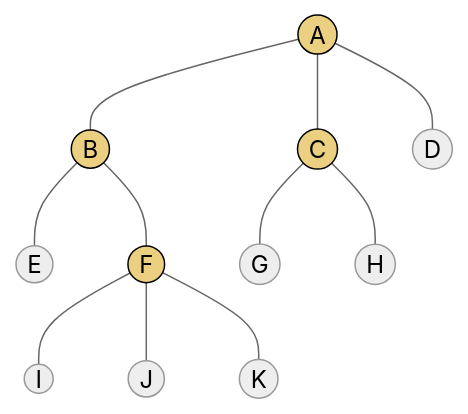
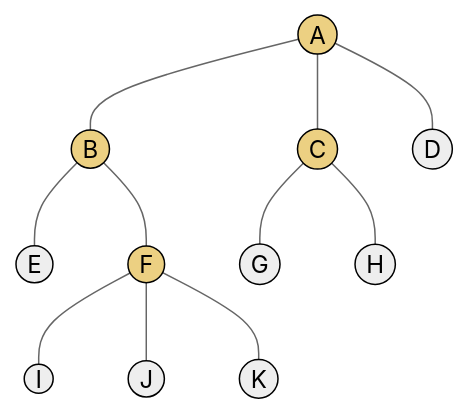
One commit to ruslylove/datastruct changed the second of 12 diagrams in lectures/lect-9-Trees.md. Above: the diagram before and after it, drawn with Mermaid (neutral theme). The commit also changed other lines of this file and 1 other file, not shown here.

Commit message:
update diagram and consolidate slides

````diff
--- a/lectures/lect-9-Trees.md
+++ b/lectures/lect-9-Trees.md
@@ -60,20 +85,21 @@
 ```mermaid {scale:1.3}
 graph TD
 
     A((A)) --- B((B))
     A --- C((C))
     A --- D((D))
     B --- E((E))
     B --- F((F))
     C --- G((G))
     C --- H((H))
     F --- I((I))
     F --- J((J))
     F --- K((K))
 
-    style A fill:#ecd082,stroke:black;
-    style B fill:#ecd082,stroke:black;
-    style C fill:#ecd082,stroke:black;
-    style F fill:#ecd082,stroke:black;
+    class A,B,C,F internal;
+    class D,E,G,H,I,J,K external;
+    classDef internal fill:#ecd082,stroke:black;
+    classDef external stroke:black;
+
 
 ```
````
